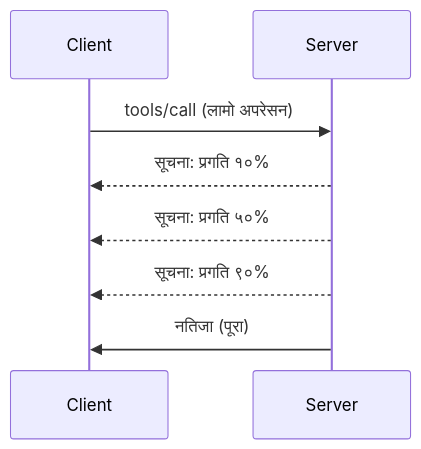
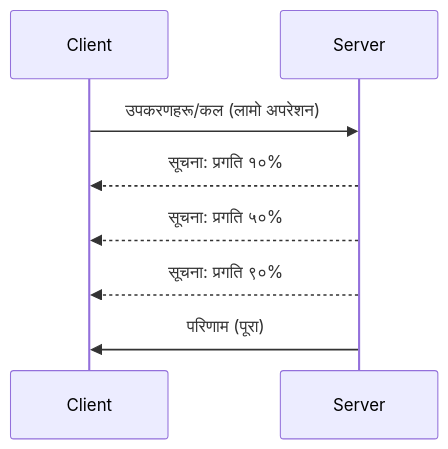
Before and after one commit to HIDORAKAI002/ai-workspace-archive: the diagram in mcp_ecosystem__model_context_protocol/mcp_learning_resources/mcp-for-beginners/translations/ne/05-AdvancedTopics/mcp-protocol-features/README.md, drawn with Mermaid. The commit also changed other lines of this file and 1046 other files, not shown here.

````diff
--- a/mcp_ecosystem__model_context_protocol/mcp_learning_resources/mcp-for-beginners/translations/ne/05-AdvancedTopics/mcp-protocol-features/README.md
+++ b/mcp_ecosystem__model_context_protocol/mcp_learning_resources/mcp-for-beginners/translations/ne/05-AdvancedTopics/mcp-protocol-features/README.md
@@ -22,11 +24,11 @@
 ```mermaid
 sequenceDiagram
     participant Client
     participant Server
     
-    Client->>Server: tools/call (लामो अपरेसन)
+    Client->>Server: उपकरणहरू/कल (लामो अपरेशन)
     Server-->>Client: सूचना: प्रगति १०%
     Server-->>Client: सूचना: प्रगति ५०%
     Server-->>Client: सूचना: प्रगति ९०%
-    Server->>Client: नतिजा (पूरा)
+    Server->>Client: परिणाम (पूरा)
 ```
````
